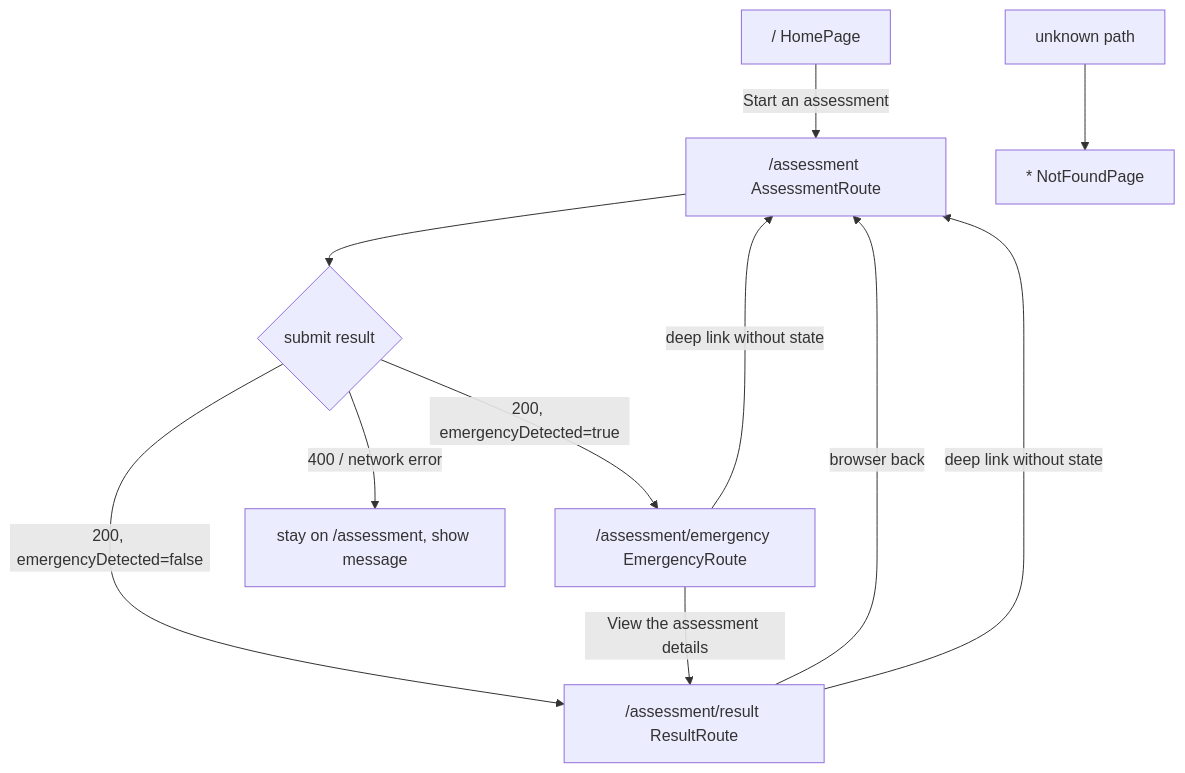
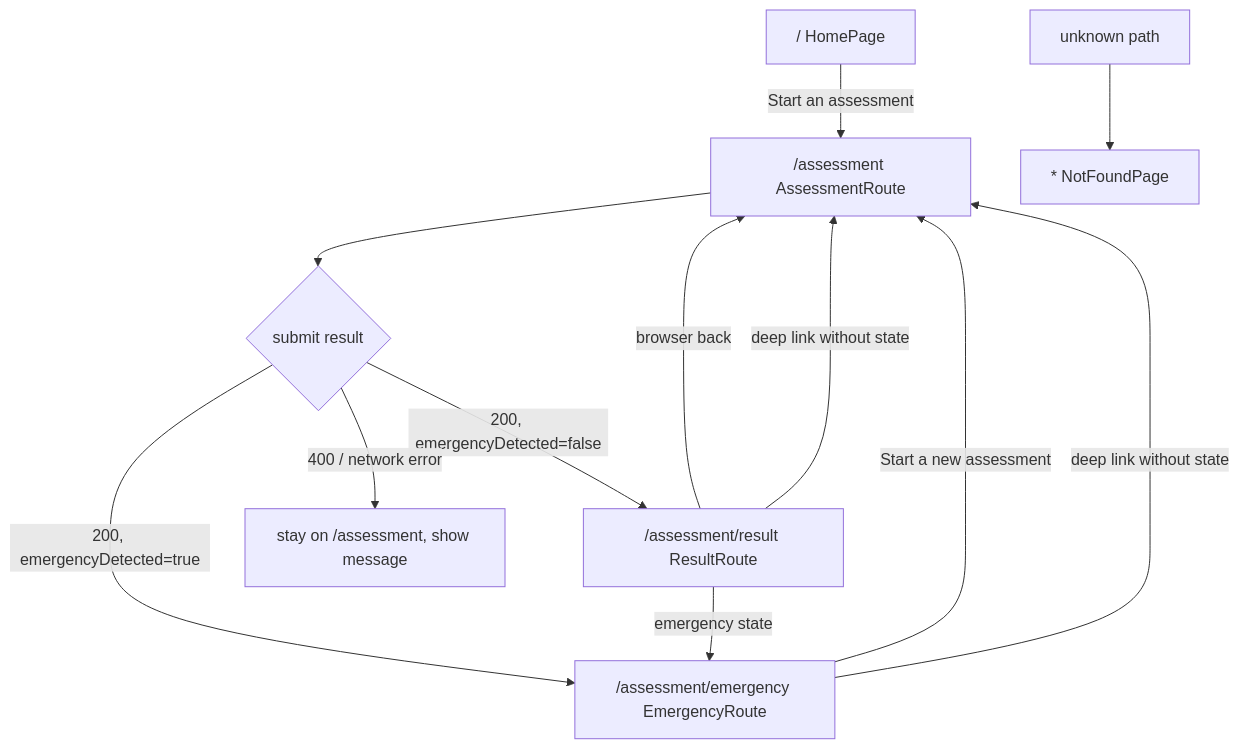
One commit to Disease-Prediction-ASET26/disease-prediction-fe changed the diagram in docs/diagrams/iteration4/navigation_flow.mmd. Above: the diagram before and after it, drawn with Mermaid. The commit also changed 8 other files, not shown here.

```diff
--- a/docs/diagrams/iteration4/navigation_flow.mmd
+++ b/docs/diagrams/iteration4/navigation_flow.mmd
@@ -1,11 +1,12 @@
 flowchart TD
     H["/ HomePage"] -->|Start an assessment| A["/assessment AssessmentRoute"]
     A --> S{submit result}
     S -->|200, emergencyDetected=false| R["/assessment/result ResultRoute"]
     S -->|200, emergencyDetected=true| E["/assessment/emergency EmergencyRoute"]
     S -->|400 / network error| A2[stay on /assessment, show message]
-    E -->|View the assessment details| R
+    R -->|emergency state| E
+    E -->|Start a new assessment| A
     R -->|browser back| A
     R -->|deep link without state| A
     E -->|deep link without state| A
     X[unknown path] --> NF["* NotFoundPage"]
```
